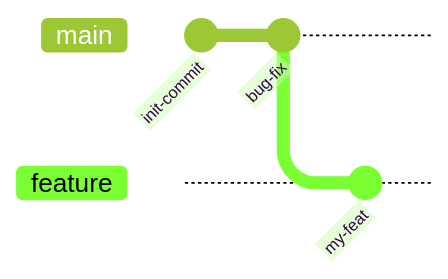
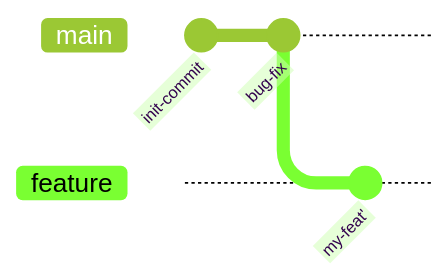
One commit to lizsalmon/iCSC-Git-talk changed diagram 23 of 24 in slides.md. Above: the diagram before and after it, drawn with Mermaid (forest theme). The commit also changed other lines of this file and 2 other files, not shown here.

````diff
--- a/slides.md
+++ b/slides.md
@@ -1277,9 +1359,9 @@
 ```mermaid
 gitGraph
   commit id: "init-commit"
   commit id: "bug-fix"
   branch feature
   checkout feature
-  commit id: "my-feat"
+  commit id: "my-feat'"
   checkout main
 ```
````
